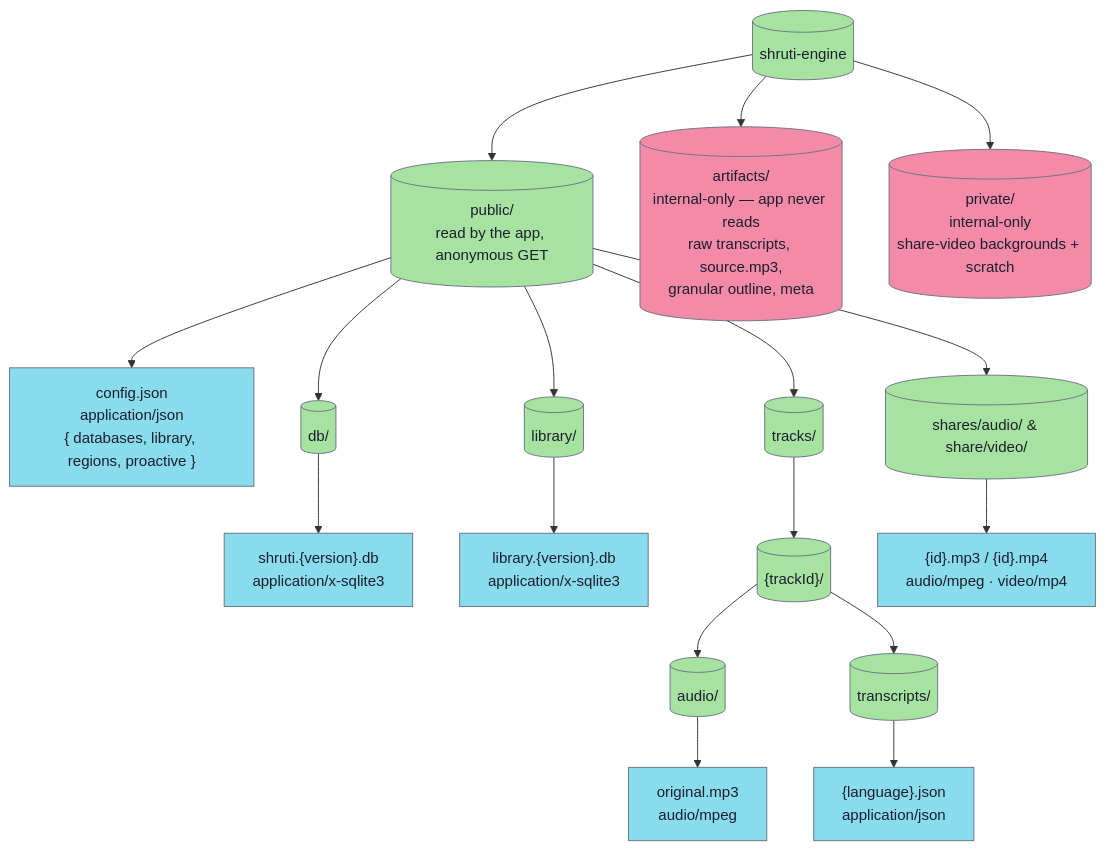
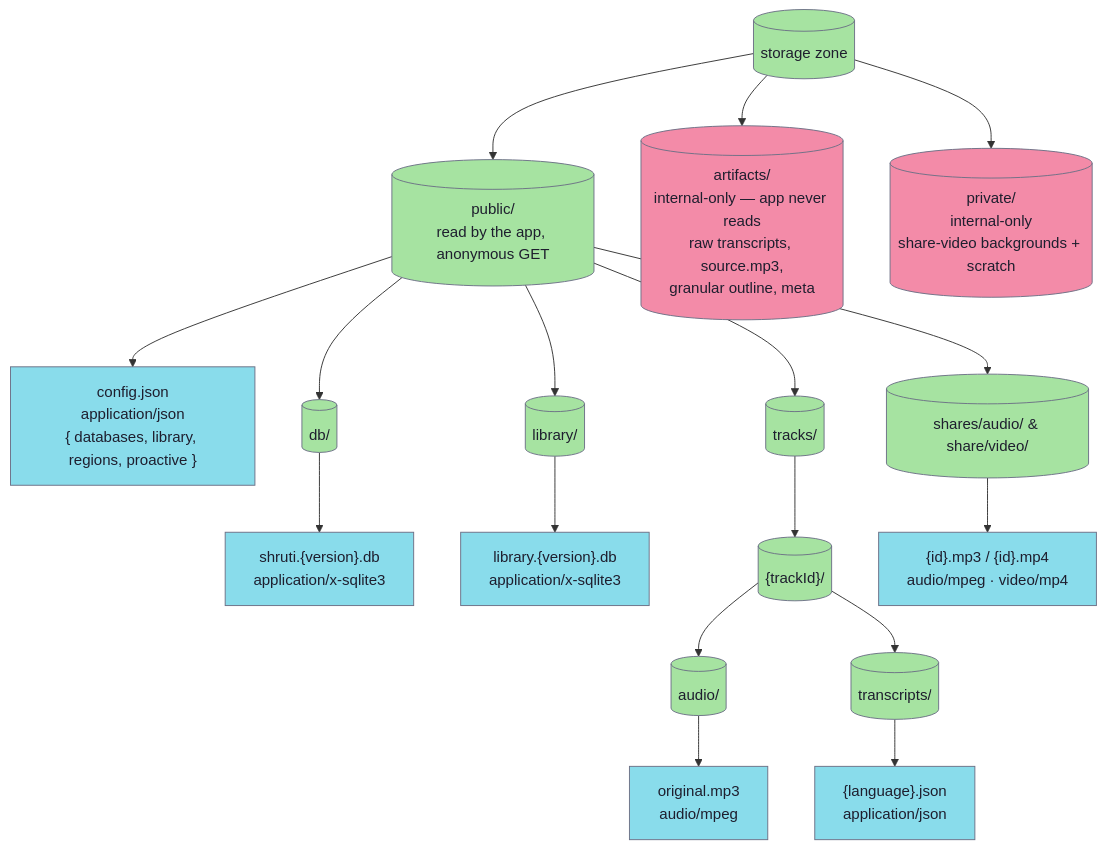
Before and after one commit to jiva-studio/shruti: the first of 2 diagrams in docs/repos/shruti/infra/s3-layout.md, drawn with Mermaid. The commit also changed other lines of this file and 23 other files, not shown here.

````diff
--- a/docs/repos/shruti/infra/s3-layout.md
+++ b/docs/repos/shruti/infra/s3-layout.md
@@ -7,31 +7,31 @@
 ```mermaid
 graph TD
-    BKT[("shruti-engine")]
+    BKT[("storage zone")]
     BKT --> PUB[("public/<br/>read by the app, anonymous GET")]
     BKT --> ART[("artifacts/<br/>internal-only — app never reads<br/>raw transcripts, source.mp3,<br/>granular outline, meta")]
     BKT --> PRV[("private/<br/>internal-only<br/>share-video backgrounds + scratch")]
 
     PUB --> CFG["config.json<br/>application/json<br/>{ databases, library, regions, proactive }"]
     PUB --> DBDIR[("db/")]
     PUB --> LIBDIR[("library/")]
     PUB --> TRDIR[("tracks/")]
     PUB --> SHDIR[("shares/audio/ &amp; share/video/")]
 
     DBDIR --> DBFILE["shruti.{version}.db<br/>application/x-sqlite3"]
     LIBDIR --> LIBFILE["library.{version}.db<br/>application/x-sqlite3"]
 
     TRDIR --> TID[("{trackId}/")]
     TID --> AUDIO[("audio/")]
     TID --> TRX[("transcripts/")]
     AUDIO --> MP3["original.mp3<br/>audio/mpeg"]
     TRX --> TJSON["{language}.json<br/>application/json"]
 
     SHDIR --> EXC["{id}.mp3 / {id}.mp4<br/>audio/mpeg · video/mp4"]
 
     classDef rdir fill:#a6e3a1,stroke:#6c7086,color:#1e1e2e;
     classDef rfile fill:#89dceb,stroke:#6c7086,color:#1e1e2e;
     classDef internal fill:#f38ba8,stroke:#6c7086,color:#1e1e2e;
     class BKT,PUB,DBDIR,LIBDIR,TRDIR,TID,AUDIO,TRX,SHDIR rdir;
     class CFG,DBFILE,LIBFILE,MP3,TJSON,EXC rfile;
     class ART,PRV internal;
 ```
````
